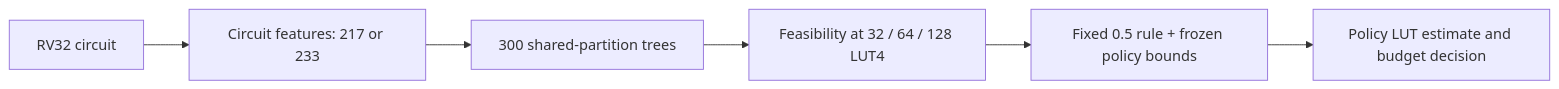
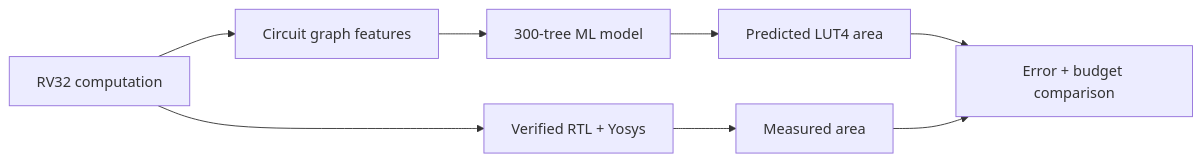
Before and after one commit to jas0nriverah/agentic-riscv-codesign: the diagram in README.md, drawn with Mermaid. The commit also changed other lines of this file and 11 other files, not shown here.

````diff
--- a/README.md
+++ b/README.md
@@ -52,8 +5,10 @@
 ```mermaid
 flowchart LR
-    A[RV32 circuit] --> B[Circuit features: 217 or 233]
-    B --> C[300 shared-partition trees]
-    C --> D[Feasibility at 32 / 64 / 128 LUT4]
-    D --> E[Fixed 0.5 rule + frozen policy bounds]
-    E --> F[Policy LUT estimate and budget decision]
+    A[RV32 computation] --> B[Circuit graph features]
+    B --> C[300-tree ML model]
+    C --> D[Predicted LUT4 area]
+    A --> E[Verified RTL + Yosys]
+    E --> F[Measured area]
+    D --> G[Error + budget comparison]
+    F --> G
 ```
````
